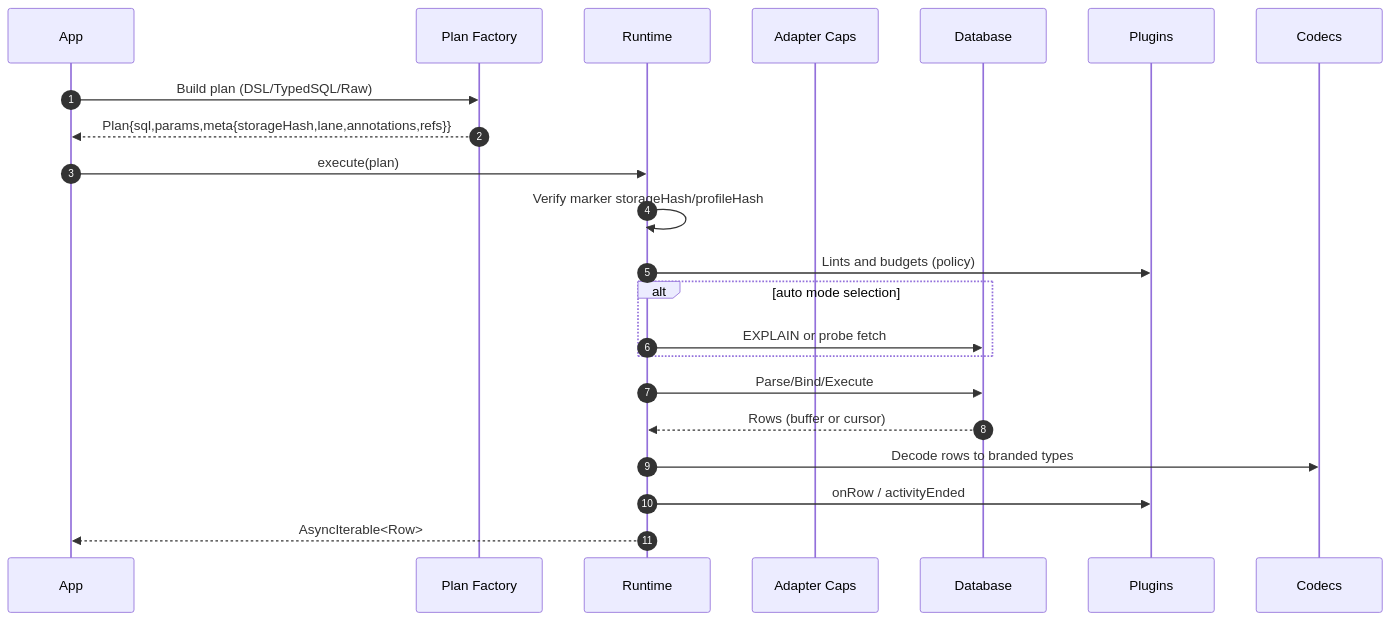
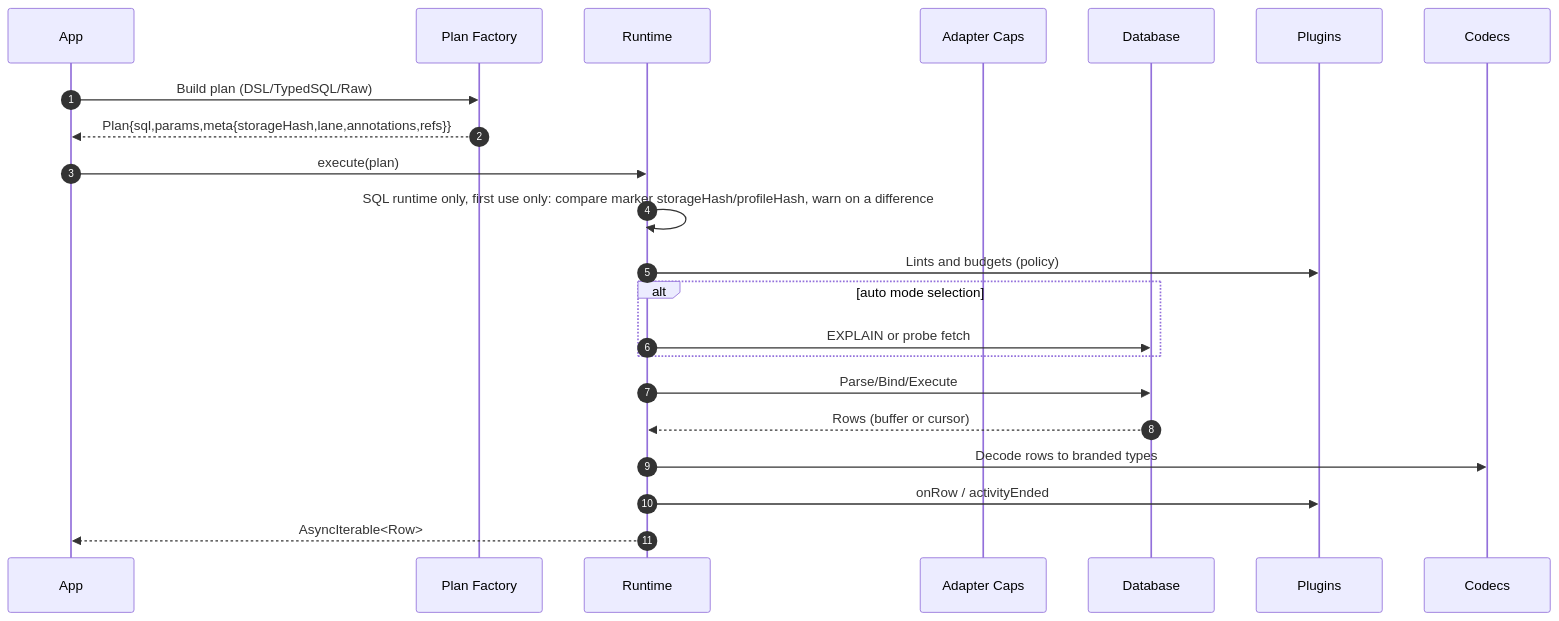
One commit to prisma/orm changed the third of 4 diagrams in docs/Architecture Overview.md. Above: the diagram before and after it, drawn with Mermaid. The commit also changed other lines of this file and 22 other files, not shown here.

First line of the commit message:
fix(sql-runtime)!: an unreadable or corrupt contract marker warns and the query runs, instead of failing every query (#31198)

````diff
--- a/docs/Architecture Overview.md
+++ b/docs/Architecture Overview.md
@@ -216,25 +216,25 @@
 ```mermaid
 sequenceDiagram
   autonumber
   participant App as App
   participant Factory as Plan Factory
   participant Runtime as Runtime
   participant Caps as Adapter Caps
   participant DB as Database
   participant Plugins as Plugins
   participant Codecs as Codecs
 
   App->>Factory: Build plan (DSL/TypedSQL/Raw)
   Factory-->>App: Plan{sql,params,meta{storageHash,lane,annotations,refs}}
   App->>Runtime: execute(plan)
-  Runtime->>Runtime: Verify marker storageHash/profileHash
+  Runtime->>Runtime: SQL runtime only, first use only: compare marker storageHash/profileHash, warn on a difference
   Runtime->>Plugins: Lints and budgets (policy)
   alt auto mode selection
     Runtime->>DB: EXPLAIN or probe fetch
   end
   Runtime->>DB: Parse/Bind/Execute
   DB-->>Runtime: Rows (buffer or cursor)
   Runtime->>Codecs: Decode rows to branded types
   Runtime->>Plugins: onRow / activityEnded
   Runtime-->>App: AsyncIterable<Row>
 ```
````
